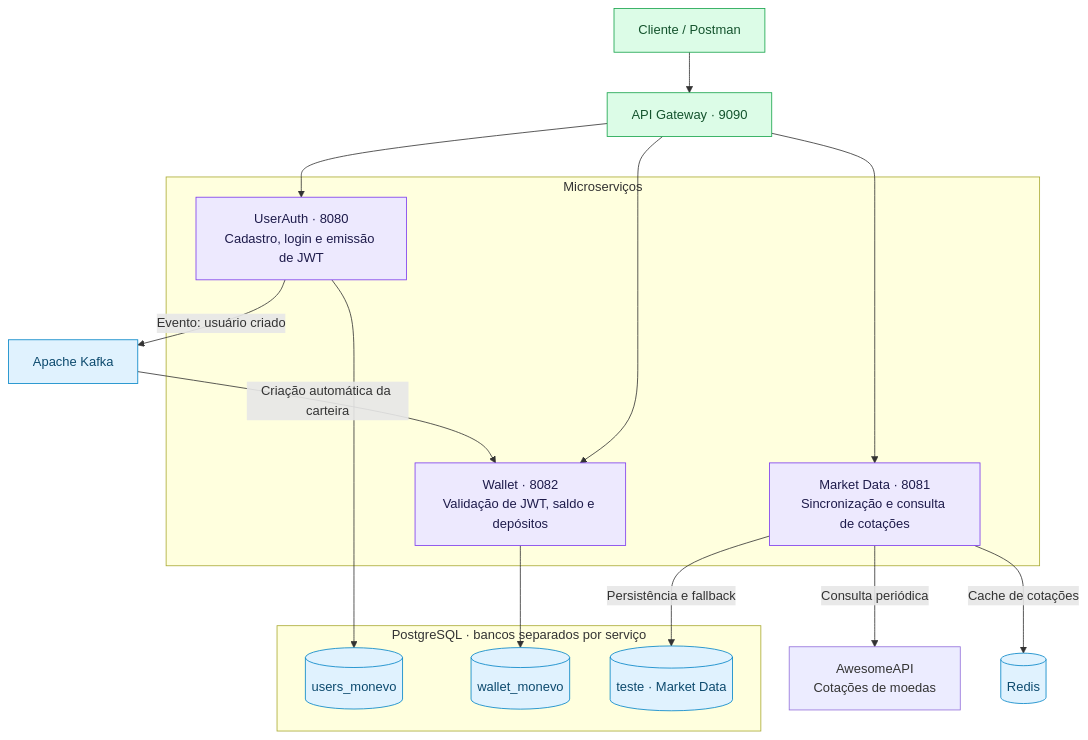
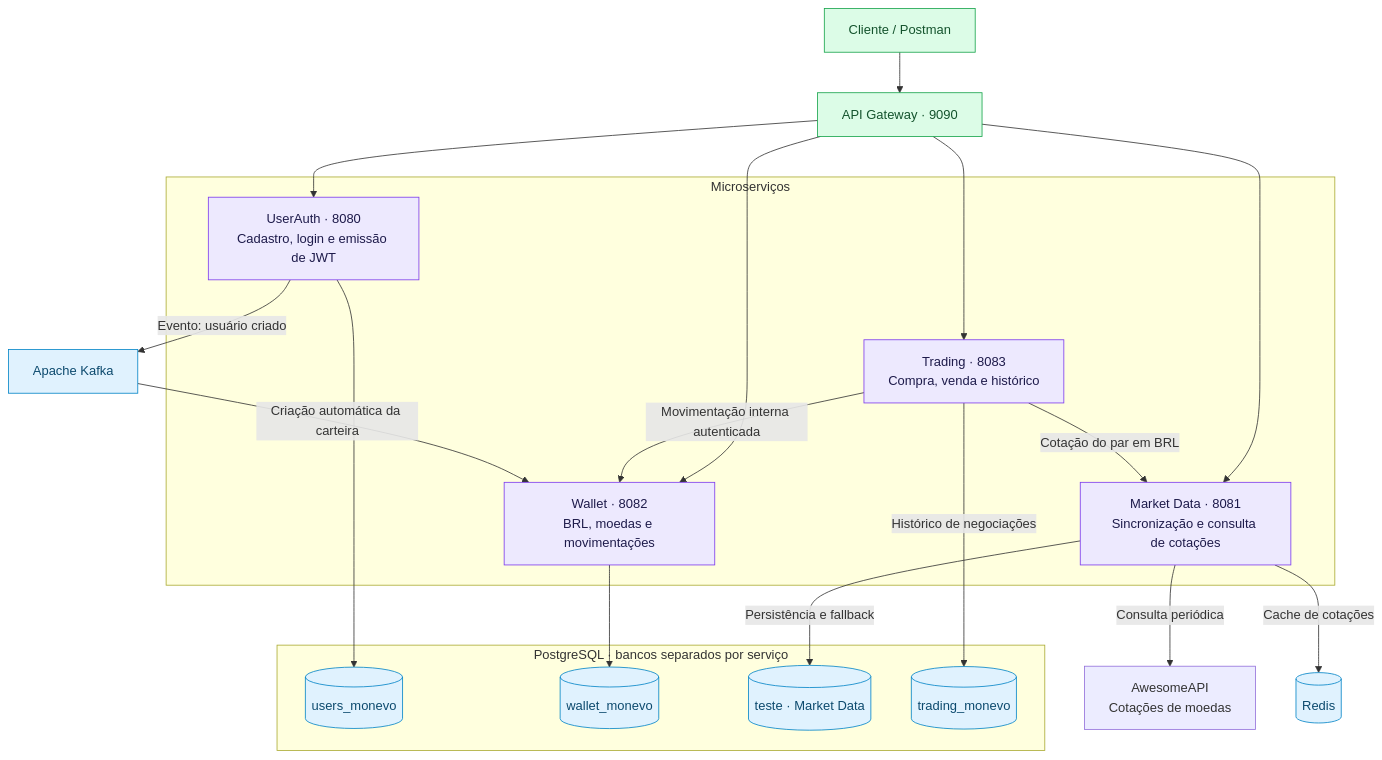
Before and after one commit to nichesdev/monevo: the diagram in README.md, drawn with Mermaid. The commit also changed other lines of this file and 4 other files, not shown here.

````diff
--- a/README.md
+++ b/README.md
@@ -22,37 +26,43 @@
 ```mermaid
 flowchart TB
     client["Cliente / Postman"] --> gateway["API Gateway · 9090"]
 
     subgraph services["Microserviços"]
         auth["UserAuth · 8080<br/>Cadastro, login e emissão de JWT"]
-        wallet["Wallet · 8082<br/>Validação de JWT, saldo e depósitos"]
+        wallet["Wallet · 8082<br/>BRL, moedas e movimentações"]
         market["Market Data · 8081<br/>Sincronização e consulta de cotações"]
+        trading["Trading · 8083<br/>Compra, venda e histórico"]
     end
 
     gateway --> auth
     gateway --> wallet
     gateway --> market
+    gateway --> trading
+    trading -->|"Cotação do par em BRL"| market
+    trading -->|"Movimentação interna autenticada"| wallet
 
     auth -->|"Evento: usuário criado"| kafka["Apache Kafka"]
     kafka -->|"Criação automática da carteira"| wallet
 
     market -->|"Consulta periódica"| external["AwesomeAPI<br/>Cotações de moedas"]
     market -->|"Cache de cotações"| redis[("Redis")]
 
     subgraph postgres["PostgreSQL · bancos separados por serviço"]
         authdb[("users_monevo")]
         walletdb[("wallet_monevo")]
         marketdb[("teste · Market Data")]
+        tradingdb[("trading_monevo")]
     end
 
     auth --> authdb
     wallet --> walletdb
     market -->|"Persistência e fallback"| marketdb
+    trading -->|"Histórico de negociações"| tradingdb
 
     classDef service fill:#ede9fe,stroke:#7c3aed,color:#1e1b4b;
     classDef infra fill:#e0f2fe,stroke:#0284c7,color:#0c4a6e;
     classDef entry fill:#dcfce7,stroke:#16a34a,color:#14532d;
-    class auth,wallet,market service;
-    class kafka,redis,authdb,walletdb,marketdb infra;
+    class auth,wallet,market,trading service;
+    class kafka,redis,authdb,walletdb,marketdb,tradingdb infra;
     class client,gateway entry;
 ```
````
